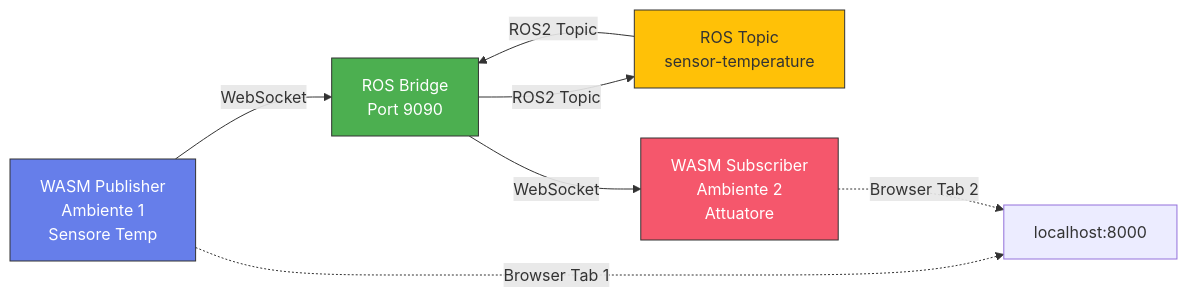
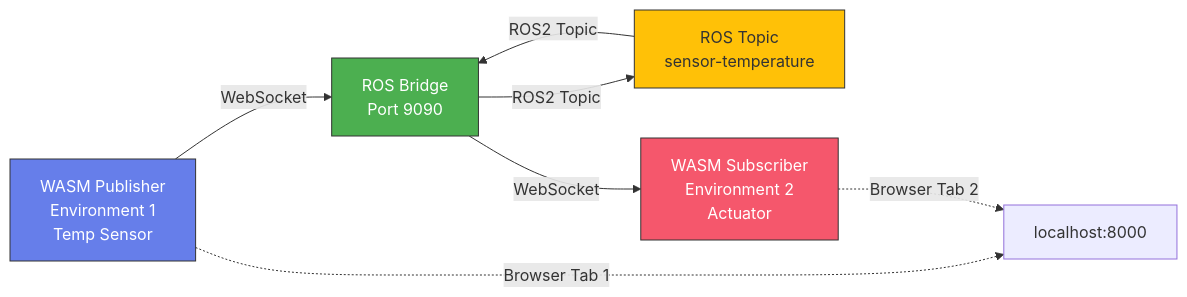
One commit to lucadagati/ros_wasm_example changed the first of 4 diagrams in README.md. Above: the diagram before and after it, drawn with Mermaid. The commit also changed other lines of this file and 8 other files, not shown here.

First line of the commit message:
Add WASM modules, UML diagrams, and updated PPTX

````diff
--- a/README.md
+++ b/README.md
@@ -14,15 +14,15 @@
 ```mermaid
 graph LR
-    A[WASM Publisher<br/>Ambiente 1<br/>Sensore Temp] -->|WebSocket| B[ROS Bridge<br/>Port 9090]
+    A[WASM Publisher<br/>Environment 1<br/>Temp Sensor] -->|WebSocket| B[ROS Bridge<br/>Port 9090]
     B -->|ROS2 Topic| C[ROS Topic<br/>sensor-temperature]
     C -->|ROS2 Topic| B
-    B -->|WebSocket| D[WASM Subscriber<br/>Ambiente 2<br/>Attuatore]
+    B -->|WebSocket| D[WASM Subscriber<br/>Environment 2<br/>Actuator]
     
     A -.->|Browser Tab 1| E[localhost:8000]
     D -.->|Browser Tab 2| E
     
     style A fill:#667eea,stroke:#333,color:#fff
     style D fill:#f5576c,stroke:#333,color:#fff
     style B fill:#4CAF50,stroke:#333,color:#fff
     style C fill:#FFC107,stroke:#333
 ```
````
